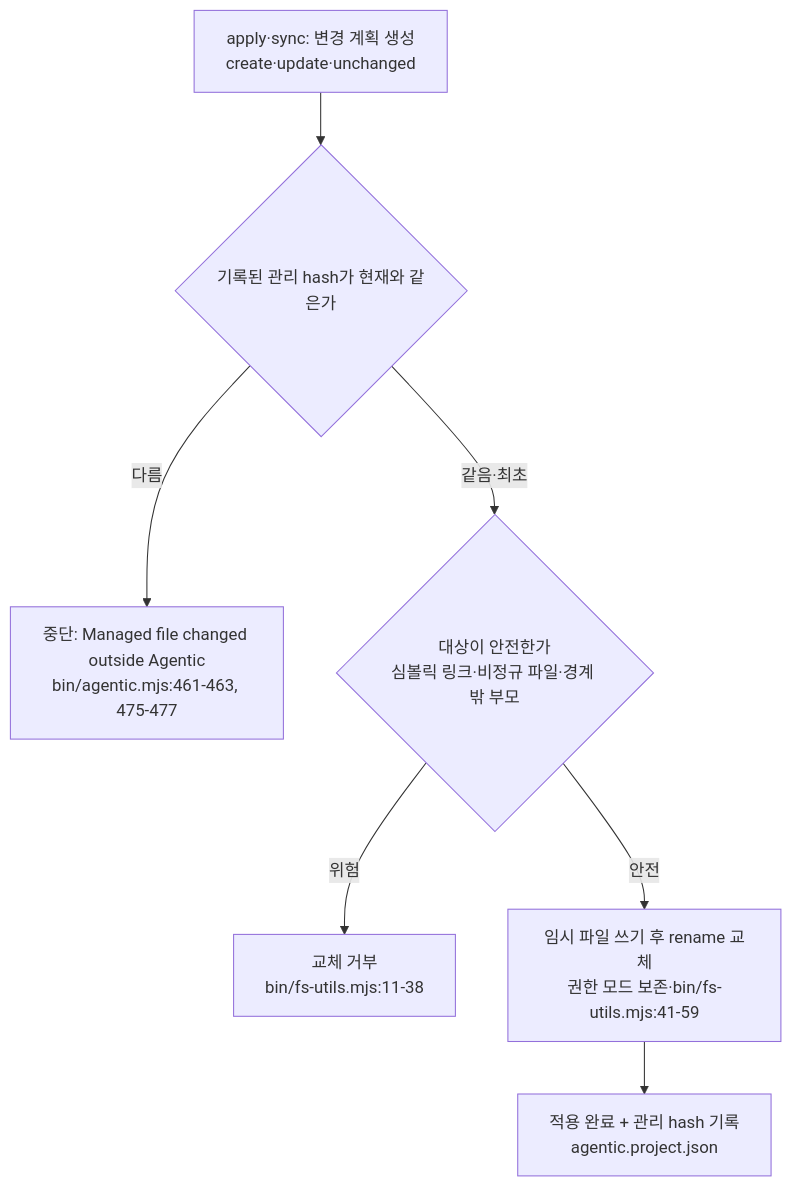
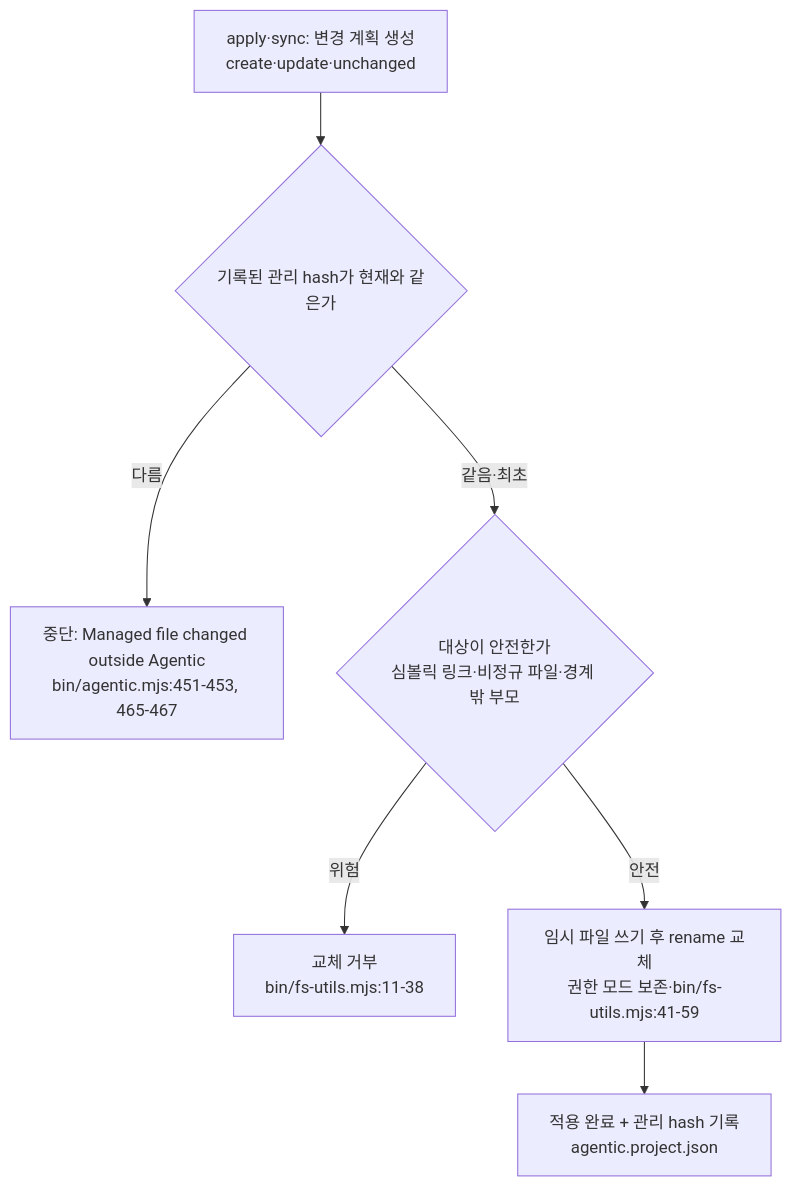
Before and after one commit to IsthisLee/agent-context-manager: the third of 5 diagrams in docs/implementation-principles.md, drawn with Mermaid. The commit also changed other lines of this file and 1 other file, not shown here.

First line of the commit message:
docs: 리네임 후속 — 다이어그램 소스 추가, 구현원리 줄번호 정합

````diff
--- a/docs/implementation-principles.md
+++ b/docs/implementation-principles.md
@@ -387,9 +387,9 @@
 ```mermaid
 flowchart TD
   P["apply·sync: 변경 계획 생성<br/>create·update·unchanged"] --> H{"기록된 관리 hash가 현재와 같은가"}
-  H -->|"다름"| STOP["중단: Managed file changed outside Agentic<br/>bin/agentic.mjs:461-463, 475-477"]
+  H -->|"다름"| STOP["중단: Managed file changed outside Agentic<br/>bin/agentic.mjs:451-453, 465-467"]
   H -->|"같음·최초"| SAFE{"대상이 안전한가<br/>심볼릭 링크·비정규 파일·경계 밖 부모"}
   SAFE -->|"위험"| REFUSE["교체 거부<br/>bin/fs-utils.mjs:11-38"]
   SAFE -->|"안전"| ATOM["임시 파일 쓰기 후 rename 교체<br/>권한 모드 보존·bin/fs-utils.mjs:41-59"]
   ATOM --> DONE["적용 완료 + 관리 hash 기록<br/>agentic.project.json"]
 ```
````
